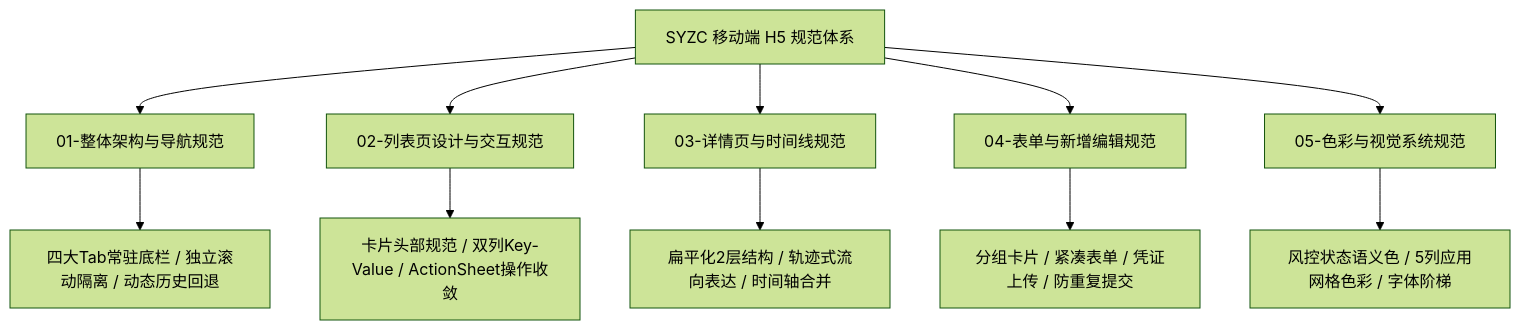
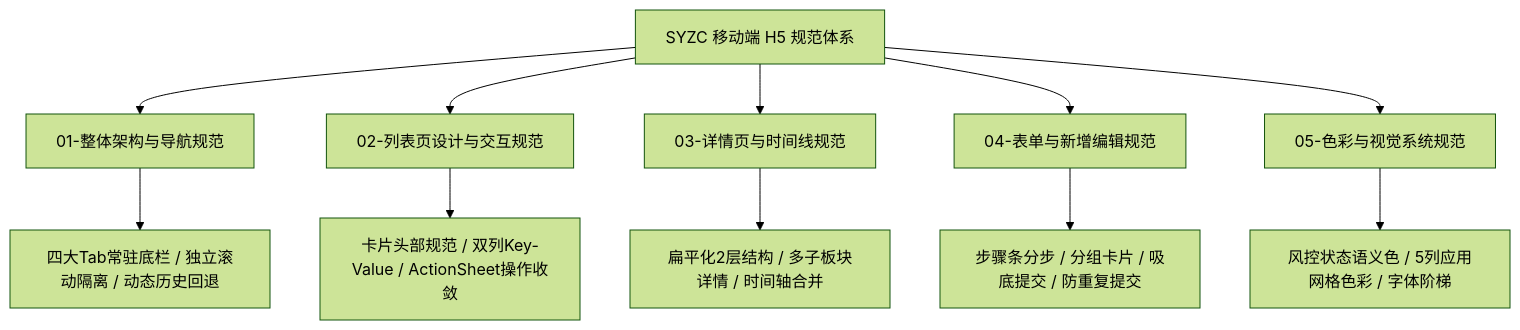
The diagram in 03-前端原型demo/样式规范- H5端/README.md (RobertHuang999/SYZC), drawn with Mermaid (forest theme) before and after one commit. The commit also changed other lines of this file and 727 other files, not shown here.

````diff
--- a/03-前端原型demo/样式规范- H5端/README.md
+++ b/03-前端原型demo/样式规范- H5端/README.md
@@ -13,16 +14,16 @@
 ```mermaid
 graph TD
     H5Spec[SYZC 移动端 H5 规范体系]
     
     H5Spec --> S1[01-整体架构与导航规范]
     H5Spec --> S2[02-列表页设计与交互规范]
     H5Spec --> S3[03-详情页与时间线规范]
     H5Spec --> S4[04-表单与新增编辑规范]
     H5Spec --> S5[05-色彩与视觉系统规范]
 
     S1 --> S1_1[四大Tab常驻底栏 / 独立滚动隔离 / 动态历史回退]
     S2 --> S2_1[卡片头部规范 / 双列Key-Value / ActionSheet操作收敛]
-    S3 --> S3_1[扁平化2层结构 / 轨迹式流向表达 / 时间轴合并]
-    S4 --> S4_1[分组卡片 / 紧凑表单 / 凭证上传 / 防重复提交]
+    S3 --> S3_1[扁平化2层结构 / 多子板块详情 / 时间轴合并]
+    S4 --> S4_1[步骤条分步 / 分组卡片 / 吸底提交 / 防重复提交]
     S5 --> S5_1[风控状态语义色 / 5列应用网格色彩 / 字体阶梯]
 ```
````
